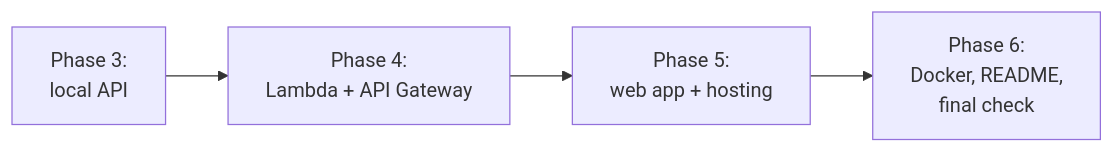
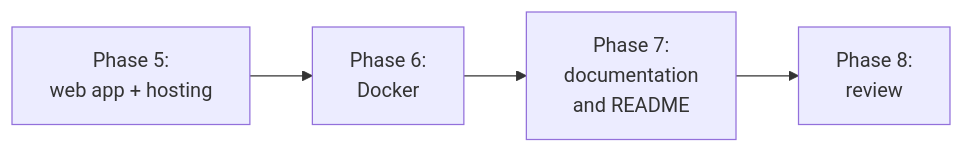
Before and after one commit to jconnors23/510-m3-nfl-prediction-analytics: the diagram in docs/implementation/remaining-phases.md, drawn with Mermaid. The commit also changed other lines of this file and 14 other files, not shown here.

````diff
--- a/docs/implementation/remaining-phases.md
+++ b/docs/implementation/remaining-phases.md
@@ -12,6 +12,6 @@
 ```mermaid
 flowchart LR
-    A["Phase 3:<br/>local API"] --> B["Phase 4:<br/>Lambda + API Gateway"]
-    B --> C["Phase 5:<br/>web app + hosting"]
-    C --> D["Phase 6:<br/>Docker, README,<br/>final check"]
+    C["Phase 5:<br/>web app + hosting"] --> D["Phase 6:<br/>Docker"]
+    D --> E["Phase 7:<br/>documentation<br/>and README"]
+    E --> F["Phase 8:<br/>review"]
 ```
````
